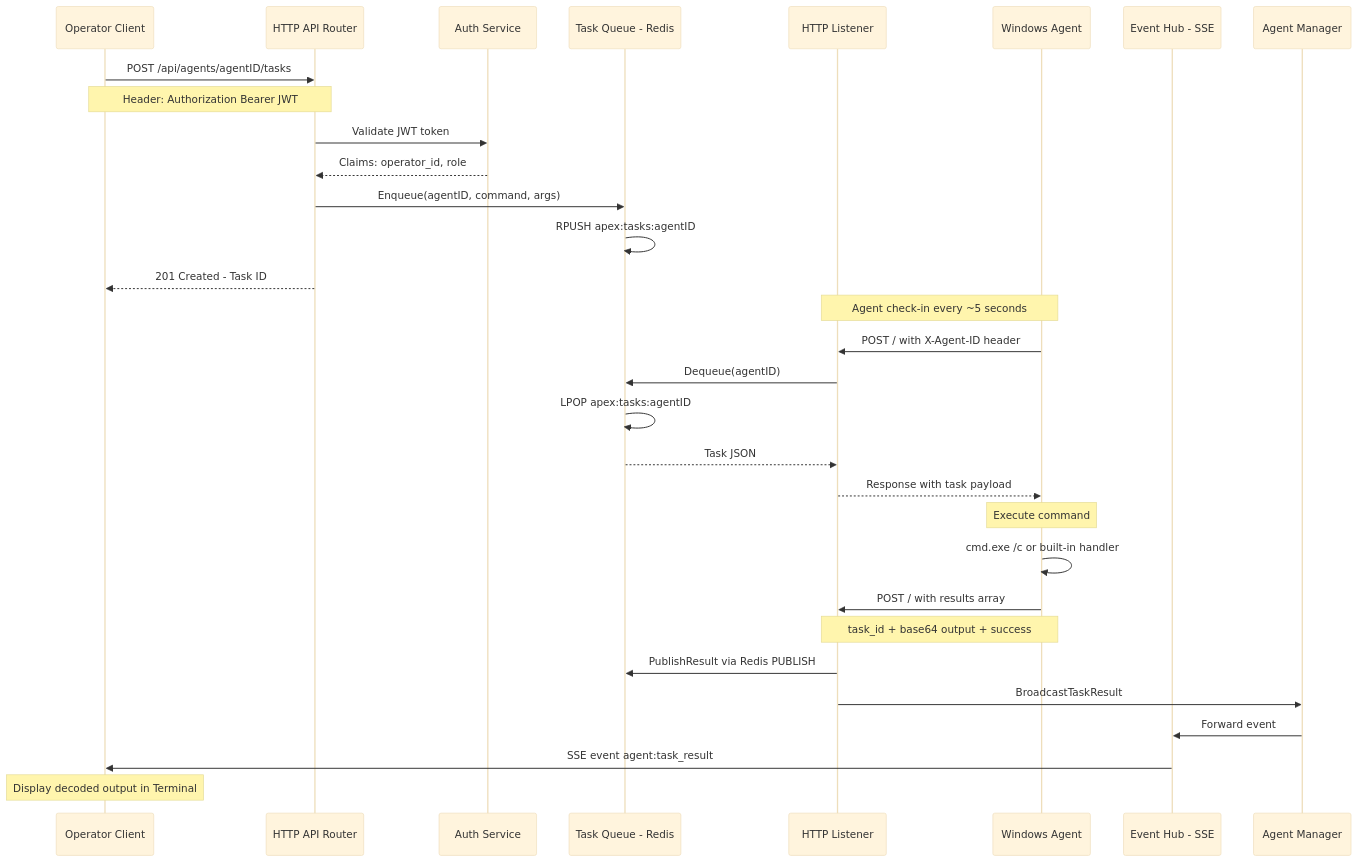
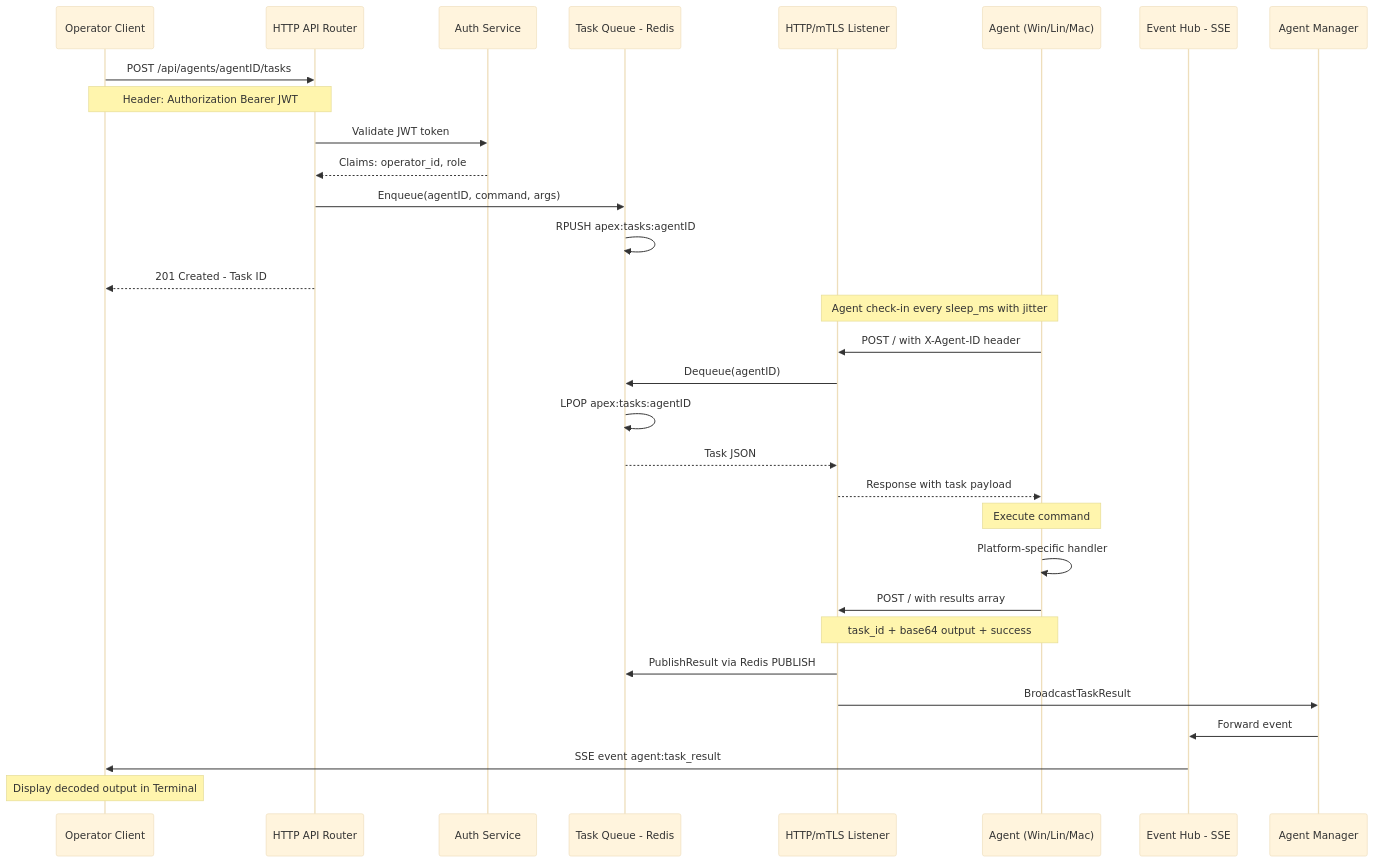
Before and after one commit to hrdebraj/Apex: the fourth of 20 diagrams in ARCHITECTURE.md, drawn with Mermaid (base theme). The commit also changed other lines of this file and 38 other files, not shown here.

First line of the commit message:
Add multi-platform agents, token manipulation, malleable profiles, mTLS, and UI enhancements

````diff
--- a/ARCHITECTURE.md
+++ b/ARCHITECTURE.md
@@ -119,37 +205,37 @@
 ```mermaid
 sequenceDiagram
     participant OP as Operator Client
     participant API as HTTP API Router
     participant AUTH as Auth Service
     participant TQ as Task Queue - Redis
-    participant LIS as HTTP Listener
-    participant AGT as Windows Agent
+    participant LIS as HTTP/mTLS Listener
+    participant AGT as Agent (Win/Lin/Mac)
     participant EVT as Event Hub - SSE
     participant MGR as Agent Manager
 
     OP->>API: POST /api/agents/agentID/tasks
     Note over OP,API: Header: Authorization Bearer JWT
     API->>AUTH: Validate JWT token
     AUTH-->>API: Claims: operator_id, role
     API->>TQ: Enqueue(agentID, command, args)
     TQ->>TQ: RPUSH apex:tasks:agentID
     API-->>OP: 201 Created - Task ID
 
-    Note over AGT,LIS: Agent check-in every ~5 seconds
+    Note over AGT,LIS: Agent check-in every sleep_ms with jitter
     AGT->>LIS: POST / with X-Agent-ID header
     LIS->>TQ: Dequeue(agentID)
     TQ->>TQ: LPOP apex:tasks:agentID
     TQ-->>LIS: Task JSON
     LIS-->>AGT: Response with task payload
 
     Note over AGT: Execute command
-    AGT->>AGT: cmd.exe /c or built-in handler
+    AGT->>AGT: Platform-specific handler
     AGT->>LIS: POST / with results array
     Note over AGT,LIS: task_id + base64 output + success
 
     LIS->>TQ: PublishResult via Redis PUBLISH
     LIS->>MGR: BroadcastTaskResult
     MGR->>EVT: Forward event
     EVT->>OP: SSE event agent:task_result
     Note over OP: Display decoded output in Terminal
 ```
````
